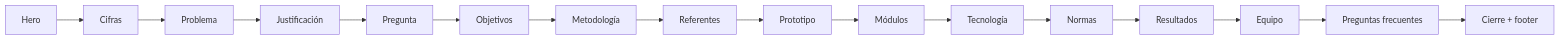
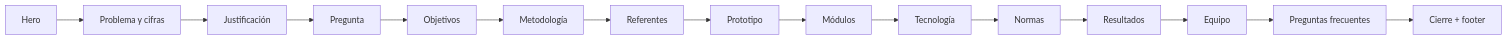
One commit to SantyCardo/vr-landing-page changed the second of 4 diagrams in README.md. Above: the diagram before and after it, drawn with Mermaid. The commit also changed other lines of this file and 3 other files, not shown here.

Commit message:
style: cifras dentro del problema como lista editorial con fuente

````diff
--- a/README.md
+++ b/README.md
@@ -81,7 +81,7 @@
 ```mermaid
 flowchart LR
-    A["Hero"] --> A2["Cifras"] --> B["Problema"] --> C["Justificación"] --> D["Pregunta"] --> E["Objetivos"]
+    A["Hero"] --> B["Problema y cifras"] --> C["Justificación"] --> D["Pregunta"] --> E["Objetivos"]
     E --> F["Metodología"] --> G["Referentes"] --> H["Prototipo"] --> I["Módulos"]
     I --> J["Tecnología"] --> K["Normas"] --> L["Resultados"]
     L --> N["Equipo"] --> O["Preguntas frecuentes"] --> P["Cierre + footer"]
 ```
````
